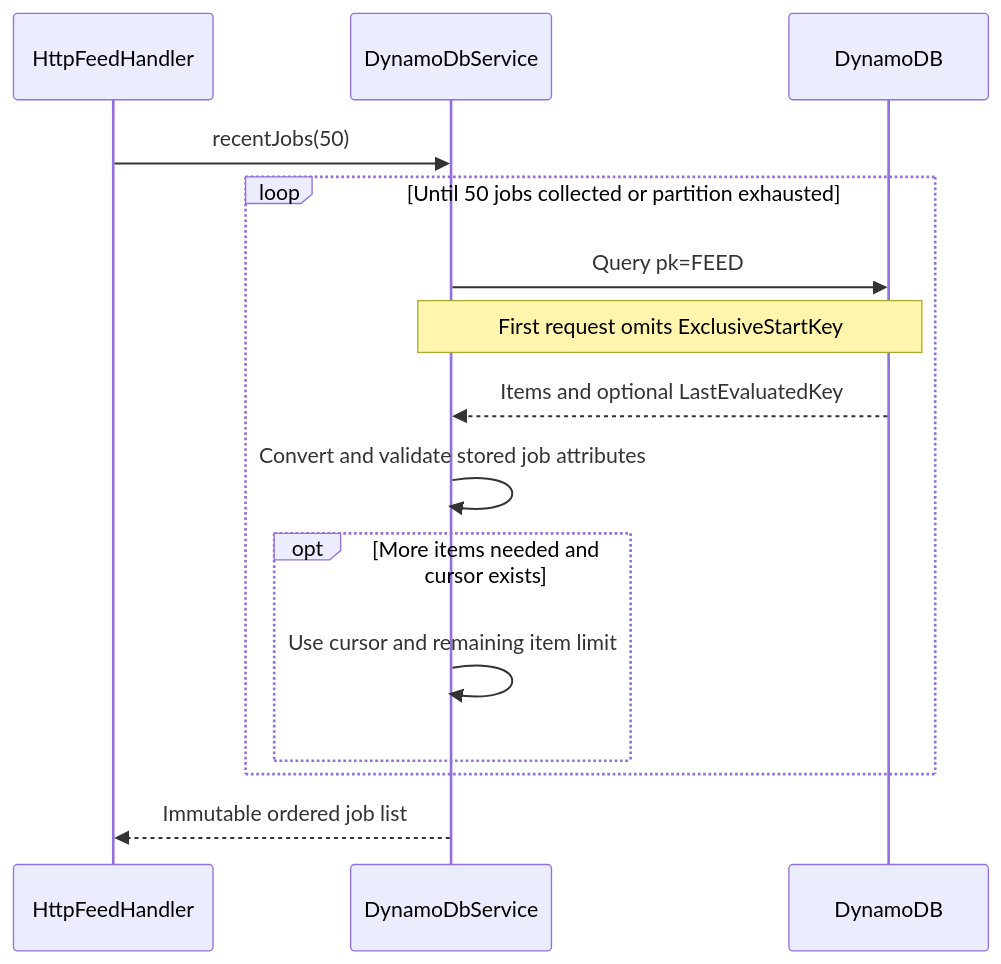
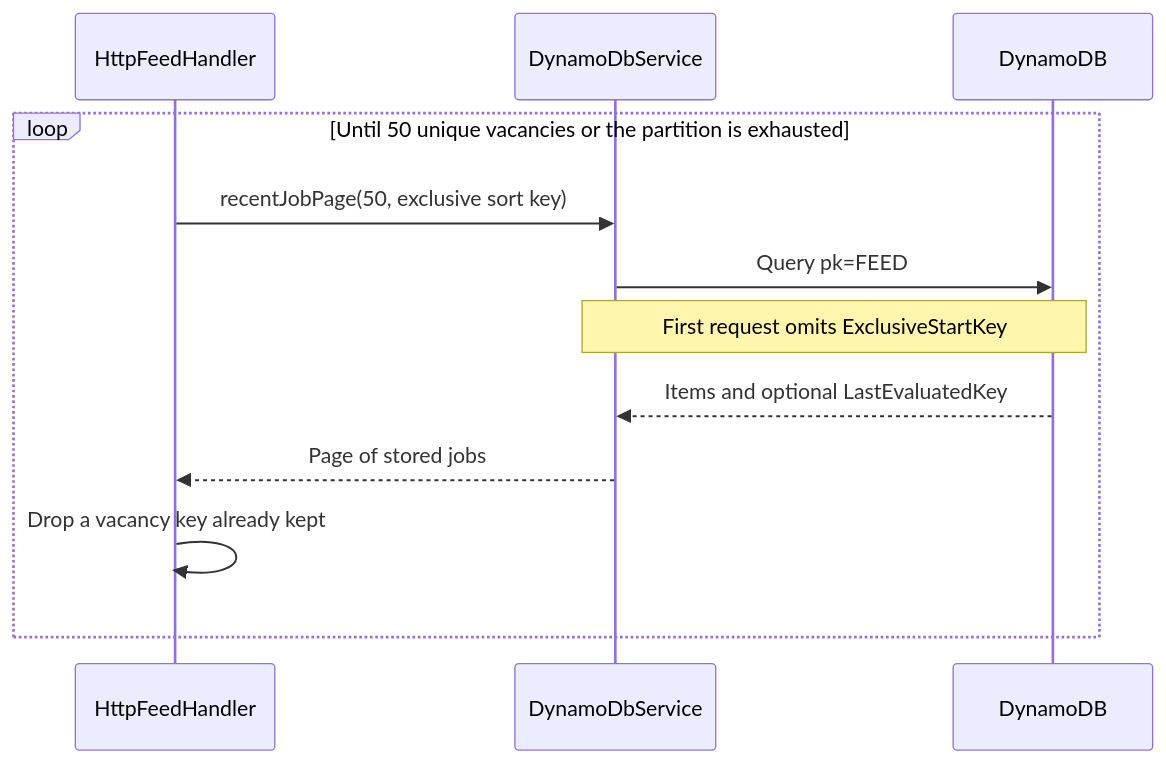
Before and after one commit to vriesjo/itzitzo-jobs-feed: diagram 11 of 16 in docs/architecture.md, drawn with Mermaid. The commit also changed other lines of this file and 11 other files, not shown here.

````diff
--- a/docs/architecture.md
+++ b/docs/architecture.md
@@ -587,18 +776,15 @@
 ```mermaid
 sequenceDiagram
     participant Http as HttpFeedHandler
     participant Store as DynamoDbService
     participant DB as DynamoDB
 
-    Http->>Store: recentJobs(50)
-    loop Until 50 jobs collected or partition exhausted
+    loop Until 50 unique vacancies or the partition is exhausted
+        Http->>Store: recentJobPage(50, exclusive sort key)
         Store->>DB: Query pk=FEED#jobs, descending, consistent read
         Note over Store,DB: First request omits ExclusiveStartKey
         DB-->>Store: Items and optional LastEvaluatedKey
-        Store->>Store: Convert and validate stored job attributes
-        opt More items needed and cursor exists
-            Store->>Store: Use cursor and remaining item limit
-        end
+        Store-->>Http: Page of stored jobs
+        Http->>Http: Drop a vacancy key already kept
     end
-    Store-->>Http: Immutable ordered job list
 ```
````
